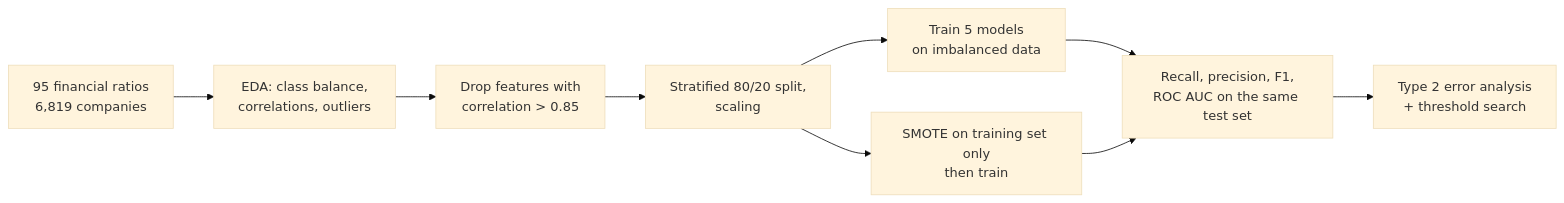
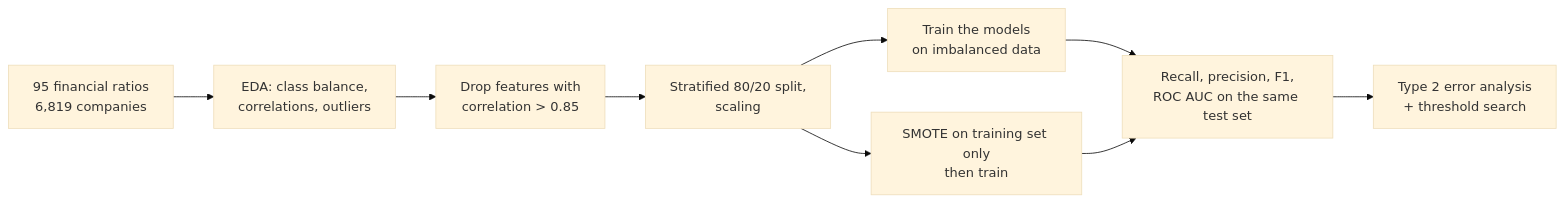
The diagram in README.md (dojedaro/bankruptcy-prediction-imbalanced-classification), drawn with Mermaid (base theme) before and after one commit. The commit also changed other lines of this file, not shown here.

````diff
--- a/README.md
+++ b/README.md
@@ -48,10 +48,10 @@
 ```mermaid
 flowchart LR
     D[95 financial ratios<br/>6,819 companies] --> E[EDA: class balance,<br/>correlations, outliers]
     E --> C[Drop features with<br/>correlation > 0.85]
     C --> S[Stratified 80/20 split,<br/>scaling]
-    S --> I[Train 5 models<br/>on imbalanced data]
+    S --> I[Train the models<br/>on imbalanced data]
     S --> B[SMOTE on training set only<br/>then train]
     I & B --> M[Recall, precision, F1,<br/>ROC AUC on the same test set]
     M --> T[Type 2 error analysis<br/>+ threshold search]
 ```
````
